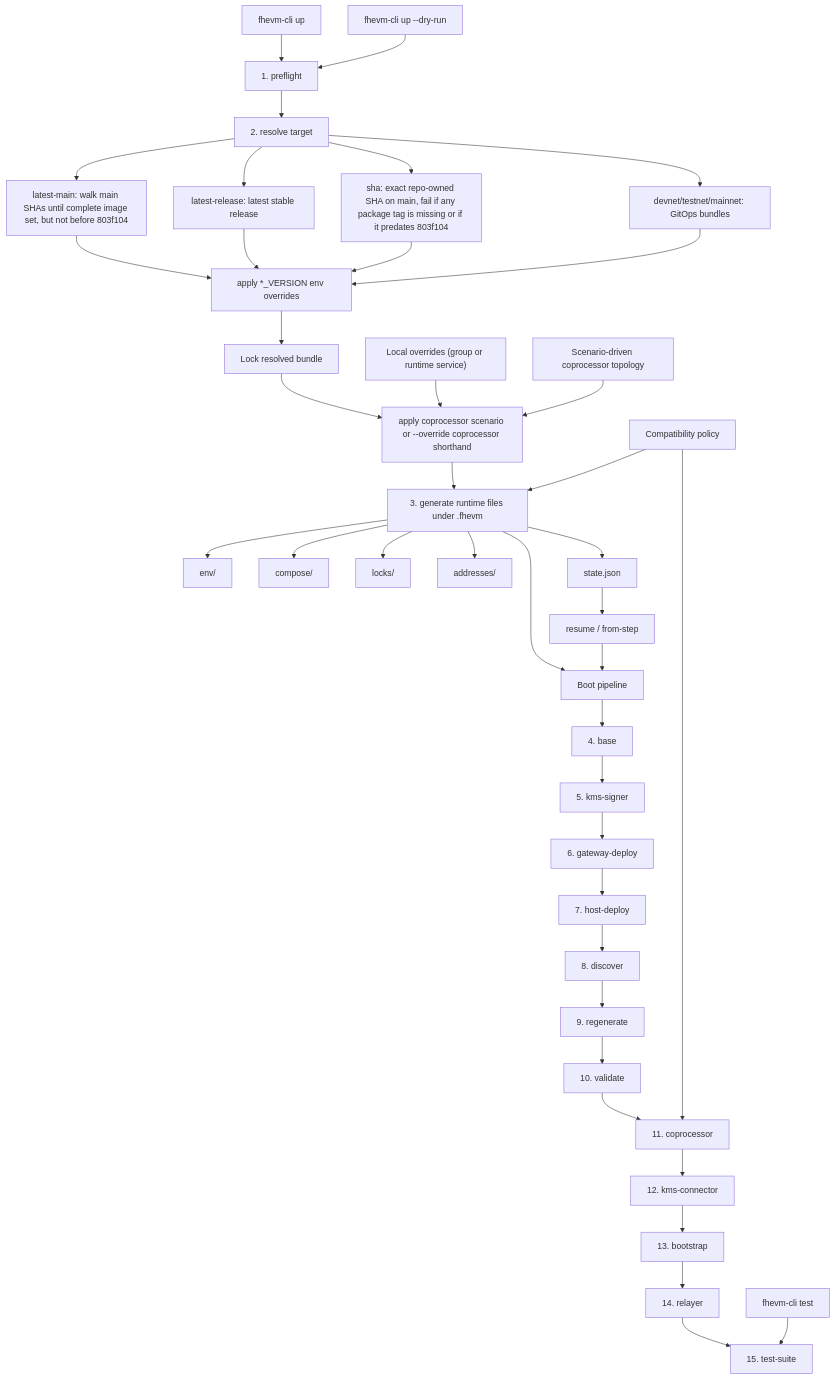
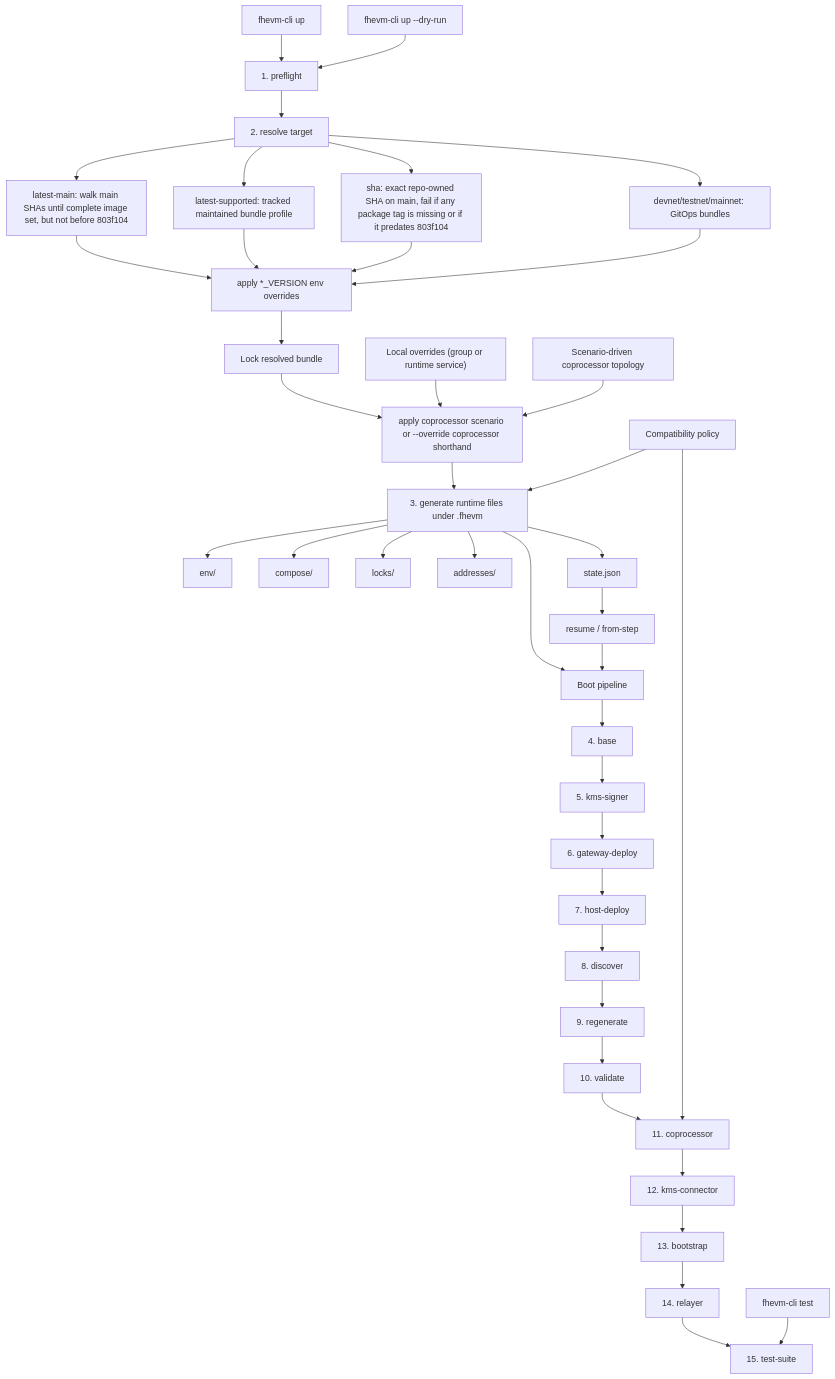
Before and after one commit to zama-ai/fhevm: the diagram in test-suite/fhevm/ARCHITECTURE.md, drawn with Mermaid. The commit also changed other lines of this file and 19 other files, not shown here.

Commit message:
refactor(fhevm-cli): model latest-supported as a tracked profile

````diff
--- a/test-suite/fhevm/ARCHITECTURE.md
+++ b/test-suite/fhevm/ARCHITECTURE.md
@@ -5,48 +5,48 @@
 ```mermaid
 flowchart TD
   A["fhevm-cli up"] --> P["1. preflight"]
   P --> B["2. resolve target"]
   B --> B1["latest-main: walk main SHAs until complete image set, but not before 803f104"]
-  B --> B2["latest-release: latest stable release"]
+  B --> B2["latest-supported: tracked maintained bundle profile"]
   B --> B3["sha: exact repo-owned SHA on main, fail if any package tag is missing or if it predates 803f104"]
   B --> B4["devnet/testnet/mainnet: GitOps bundles"]
   B1 --> C["apply *_VERSION env overrides"]
   B2 --> C
   B3 --> C
   B4 --> C
 
   C --> C1["Lock resolved bundle"]
   C1 --> C2["apply coprocessor scenario or --override coprocessor shorthand"]
 
   C2 --> E["3. generate runtime files under .fhevm"]
   E --> E1["env/"]
   E --> E2["compose/"]
   E --> E3["locks/"]
   E --> E4["addresses/"]
   E --> E5["state.json"]
 
   E --> F["Boot pipeline"]
   F --> F1["4. base"]
   F1 --> F2["5. kms-signer"]
   F2 --> F3["6. gateway-deploy"]
   F3 --> F4["7. host-deploy"]
   F4 --> F5["8. discover"]
   F5 --> F6["9. regenerate"]
   F6 --> F7["10. validate"]
   F7 --> F8["11. coprocessor"]
   F8 --> F9["12. kms-connector"]
   F9 --> F10["13. bootstrap"]
   F10 --> F11["14. relayer"]
   F11 --> F12["15. test-suite"]
 
   G["Local overrides (group or runtime service)"] --> C2
   H["Scenario-driven coprocessor topology"] --> C2
   I["Compatibility policy"] --> E
   I --> F8
 
   E5 --> J["resume / from-step"]
   J --> F
 
   K["fhevm-cli test"] --> F12
   L["fhevm-cli up --dry-run"] --> P
 ```
````
